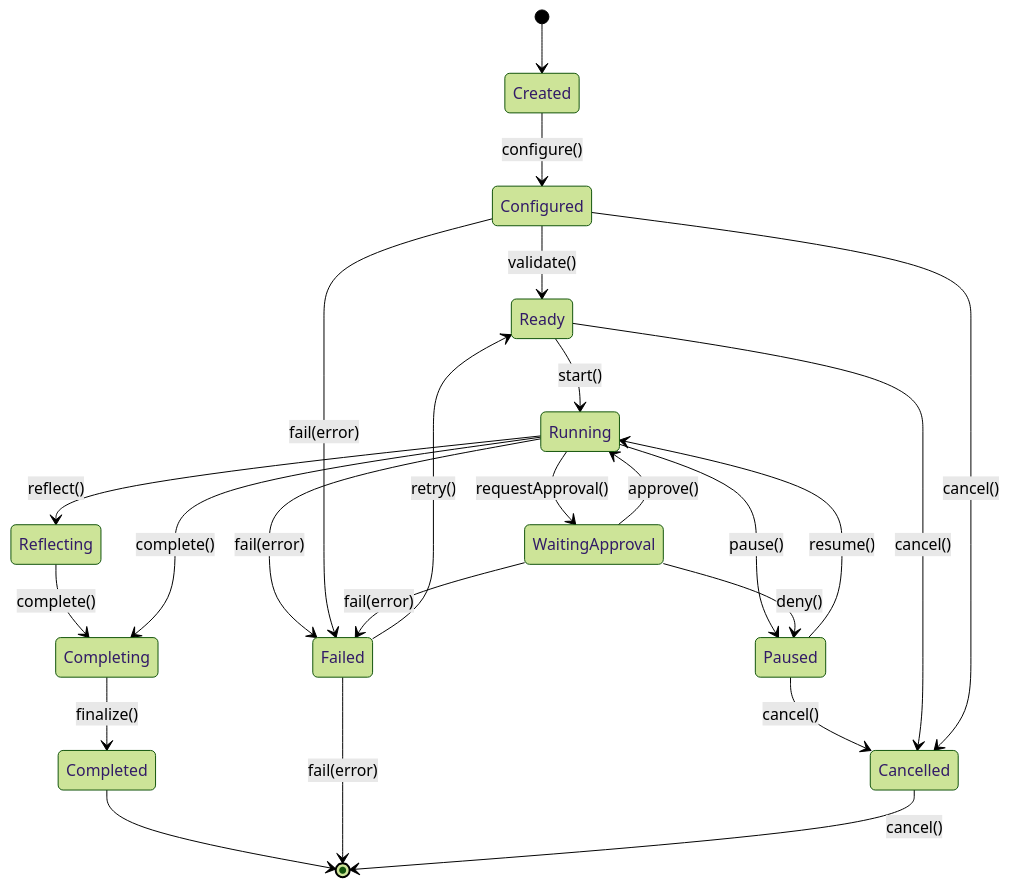
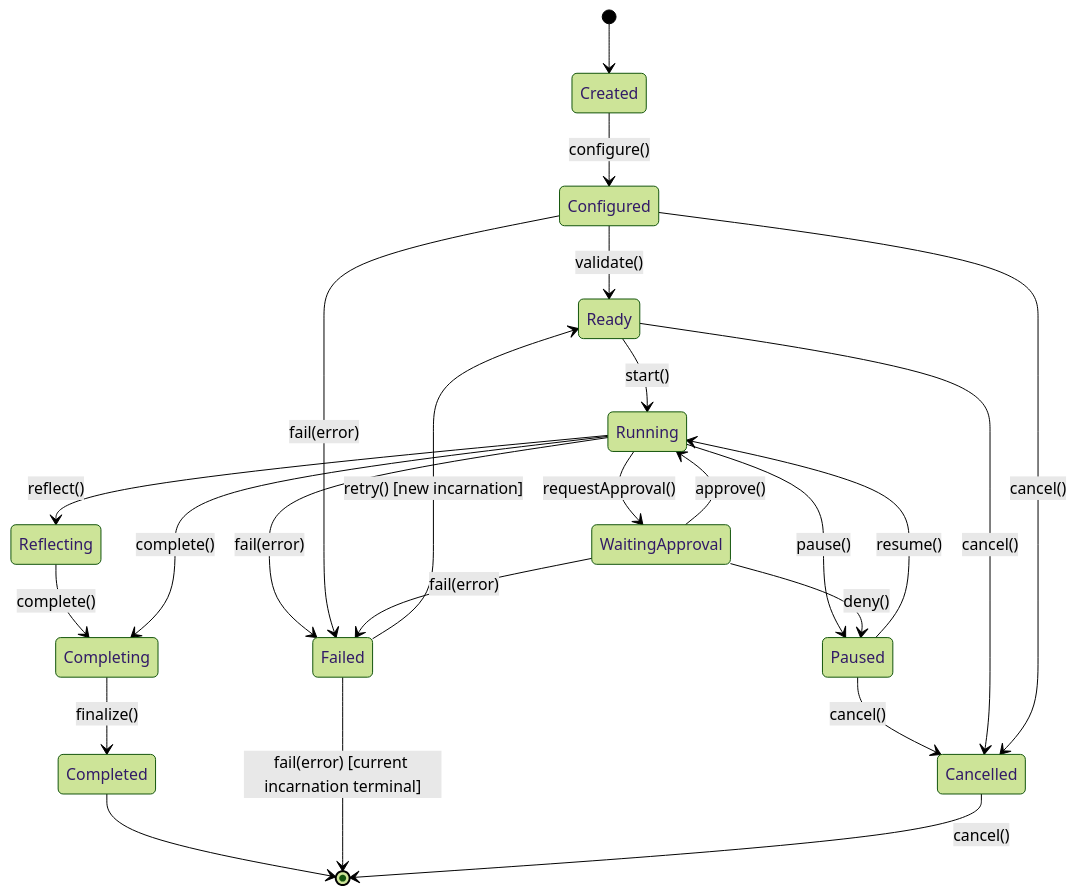
Before and after one commit to pavan53732/Nexora: the diagram in state-machines/AgentLifecycle.md, drawn with Mermaid (forest theme). The commit also changed other lines of this file and 23 other files, not shown here.

````diff
--- a/state-machines/AgentLifecycle.md
+++ b/state-machines/AgentLifecycle.md
@@ -95,28 +95,28 @@
 ```mermaid
 stateDiagram-v2
     [*] --> Created
 
     Created --> Configured : configure()
     Configured --> Ready : validate()
     Ready --> Running : start()
     Running --> Paused : pause()
     Paused --> Running : resume()
     Running --> WaitingApproval : requestApproval()
     WaitingApproval --> Running : approve()
     WaitingApproval --> Paused : deny()
     Running --> Reflecting : reflect()
     Reflecting --> Completing : complete()
     Running --> Completing : complete()
     Completing --> Completed : finalize()
     Completed --> [*]
-    Failed --> [*] : fail(error)
+    Failed --> [*] : fail(error) [current incarnation terminal]
     Cancelled --> [*] : cancel()
-    Failed --> Ready : retry()
+    Failed --> Ready : retry() [new incarnation]
 
     Running --> Failed : fail(error)
     Configured --> Failed : fail(error)
     WaitingApproval --> Failed : fail(error)
     Paused --> Cancelled : cancel()
     Ready --> Cancelled : cancel()
     Configured --> Cancelled : cancel()
 ```
````
